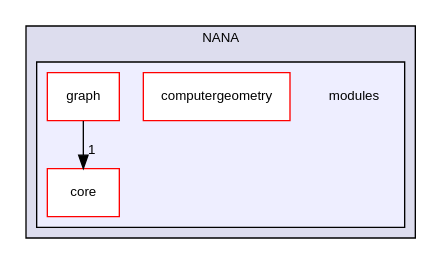
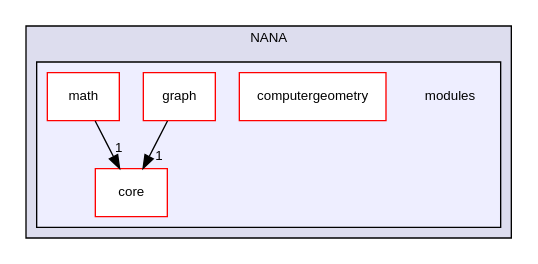
Before and after one commit to YuruTu/NANA: the diagram in docs/dir_6b55659ead8ae8e939b199224b5f3833_dep.dot, drawn with Graphviz. The commit also changed 149 other files, not shown here.

```diff
--- a/docs/dir_6b55659ead8ae8e939b199224b5f3833_dep.dot
+++ b/docs/dir_6b55659ead8ae8e939b199224b5f3833_dep.dot
@@ -1,16 +1,18 @@
 digraph "NANA/modules" {
   compound=true
   node [ fontsize="10", fontname="Helvetica"];
   edge [ labelfontsize="10", labelfontname="Helvetica"];
   subgraph clusterdir_7c9b6f0367ec74be5e320712e0f90a45 {
     graph [ bgcolor="#ddddee", pencolor="black", label="NANA" fontname="Helvetica", fontsize="10", URL="dir_7c9b6f0367ec74be5e320712e0f90a45.html"]
   subgraph clusterdir_6b55659ead8ae8e939b199224b5f3833 {
     graph [ bgcolor="#eeeeff", pencolor="black", label="" URL="dir_6b55659ead8ae8e939b199224b5f3833.html"];
     dir_6b55659ead8ae8e939b199224b5f3833 [shape=plaintext label="modules"];
   dir_a0034a2e1eb347b72447d7288fcbeb40 [shape=box label="computergeometry" fillcolor="white" style="filled" color="red" URL="dir_a0034a2e1eb347b72447d7288fcbeb40.html"];
   dir_c3e203e05606b384f5fc9d03652c3ac7 [shape=box label="core" fillcolor="white" style="filled" color="red" URL="dir_c3e203e05606b384f5fc9d03652c3ac7.html"];
   dir_33c137a055f180a488eaf5b0b4e3c87c [shape=box label="graph" fillcolor="white" style="filled" color="red" URL="dir_33c137a055f180a488eaf5b0b4e3c87c.html"];
+  dir_b4523354886b5a0c83c88c960c3f222a [shape=box label="math" fillcolor="white" style="filled" color="red" URL="dir_b4523354886b5a0c83c88c960c3f222a.html"];
   }
   }
   dir_33c137a055f180a488eaf5b0b4e3c87c->dir_c3e203e05606b384f5fc9d03652c3ac7 [headlabel="1", labeldistance=1.5 headhref="dir_000010_000006.html"];
+  dir_b4523354886b5a0c83c88c960c3f222a->dir_c3e203e05606b384f5fc9d03652c3ac7 [headlabel="1", labeldistance=1.5 headhref="dir_000013_000006.html"];
 }
```
